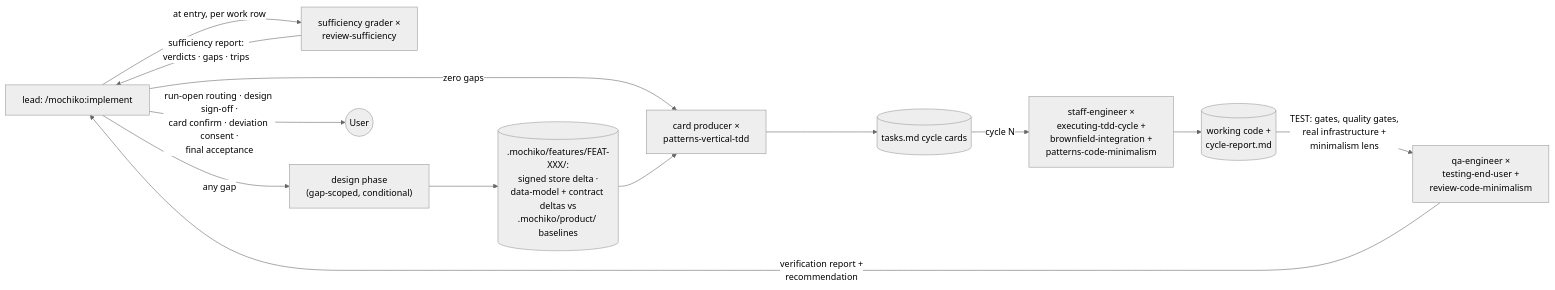
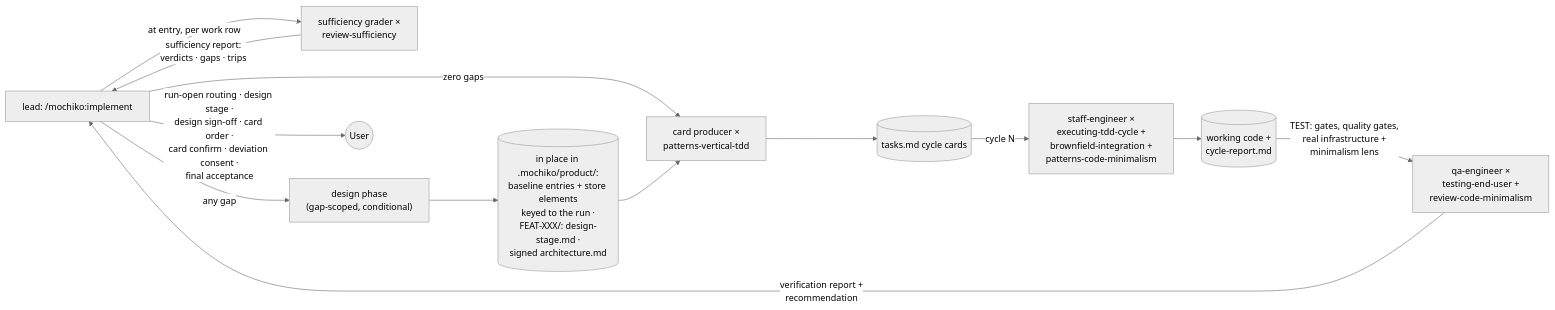
The sixth of 6 diagrams in ARCHITECTURE.md (humaninloop-dev/mochiko), drawn with Mermaid (neutral theme) before and after one commit. The commit also changed other lines of this file and 27 other files, not shown here.

````diff
--- a/ARCHITECTURE.md
+++ b/ARCHITECTURE.md
@@ -265,22 +265,22 @@
 ```mermaid
 flowchart LR
   lead["lead: /mochiko:implement"]
   suff["sufficiency grader ×<br/>review-sufficiency"]
   design["design phase<br/>(gap-scoped, conditional)"]
   cards["card producer ×<br/>patterns-vertical-tdd"]
   se["staff-engineer ×<br/>executing-tdd-cycle +<br/>brownfield-integration +<br/>patterns-code-minimalism"]
   qa["qa-engineer ×<br/>testing-end-user +<br/>review-code-minimalism"]
   user(("User"))
   lead -->|"at entry, per work row"| suff
   suff -->|"sufficiency report:<br/>verdicts · gaps · trips"| lead
   lead -->|"any gap"| design
-  design --> deltas[(".mochiko/features/FEAT-XXX/:<br/>signed store delta ·<br/>data-model + contract deltas vs<br/>.mochiko/product/ baselines")]
+  design --> deltas[("in place in .mochiko/product/:<br/>baseline entries + store elements<br/>keyed to the run ·<br/>FEAT-XXX/: design-stage.md ·<br/>signed architecture.md")]
   lead -->|"zero gaps"| cards
   deltas --> cards
   cards --> tasks[("tasks.md cycle cards")]
   tasks -->|"cycle N"| se
   se --> code[("working code +<br/>cycle-report.md")]
   code -->|"TEST: gates, quality gates,<br/>real infrastructure +<br/>minimalism lens"| qa
   qa -->|"verification report +<br/>recommendation"| lead
-  lead -->|"run-open routing · design sign-off ·<br/>card confirm · deviation consent ·<br/>final acceptance"| user
+  lead -->|"run-open routing · design stage ·<br/>design sign-off · card order ·<br/>card confirm · deviation consent ·<br/>final acceptance"| user
 ```
````
